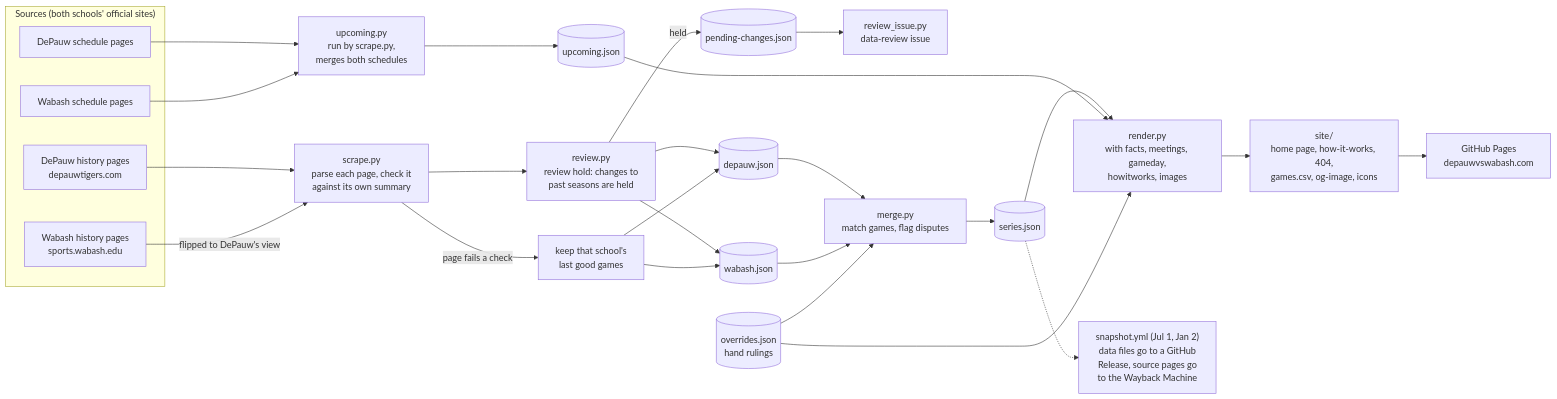
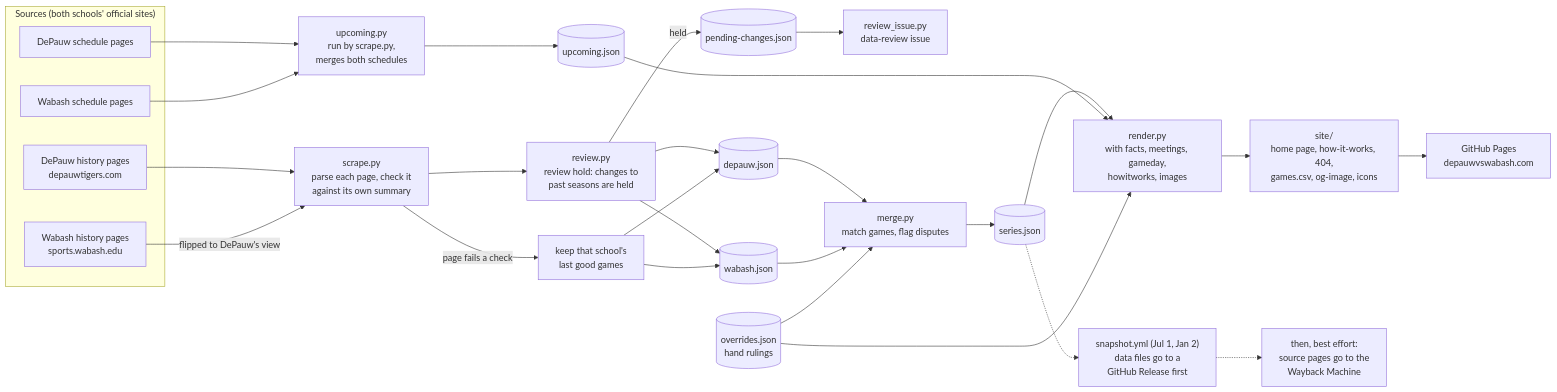
The first of 3 diagrams in README.md (Haynesmodel/DePauw-vs-Wabash-web), drawn with Mermaid before and after one commit. The commit also changed other lines of this file and 3 other files, not shown here.

First line of the commit message:
Archive source pages after the data release is made

````diff
--- a/README.md
+++ b/README.md
@@ -43,33 +43,34 @@
 ```mermaid
 flowchart LR
   subgraph SRC["Sources (both schools' official sites)"]
     DH["DePauw history pages<br/>depauwtigers.com"]
     WH["Wabash history pages<br/>sports.wabash.edu"]
     DS["DePauw schedule pages"]
     WS["Wabash schedule pages"]
   end
 
   DH --> P["scrape.py<br/>parse each page, check it<br/>against its own summary"]
   WH -- "flipped to DePauw's view" --> P
   P -- "page fails a check" --> K["keep that school's<br/>last good games"]
   P --> R["review.py<br/>review hold: changes to<br/>past seasons are held"]
   R -- "held" --> PC[("pending-changes.json")]
   PC --> RI["review_issue.py<br/>data-review issue"]
   R --> DJ[("depauw.json")]
   R --> WJ[("wabash.json")]
   K --> DJ
   K --> WJ
   DJ --> M["merge.py<br/>match games, flag disputes"]
   WJ --> M
   OV[("overrides.json<br/>hand rulings")] --> M
   M --> SJ[("series.json")]
   DS --> U["upcoming.py<br/>run by scrape.py,<br/>merges both schedules"]
   WS --> U
   U --> UJ[("upcoming.json")]
   SJ --> RN["render.py<br/>with facts, meetings, gameday,<br/>howitworks, images"]
   UJ --> RN
   OV --> RN
   RN --> SITE["site/<br/>home page, how-it-works, 404,<br/>games.csv, og-image, icons"]
   SITE --> GP["GitHub Pages<br/>depauwvswabash.com"]
-  SJ -.-> SN["snapshot.yml (Jul 1, Jan 2)<br/>data files go to a GitHub<br/>Release, source pages go<br/>to the Wayback Machine"]
+  SJ -.-> SN["snapshot.yml (Jul 1, Jan 2)<br/>data files go to a<br/>GitHub Release first"]
+  SN -.-> WB["then, best effort:<br/>source pages go to the<br/>Wayback Machine"]
 ```
````
